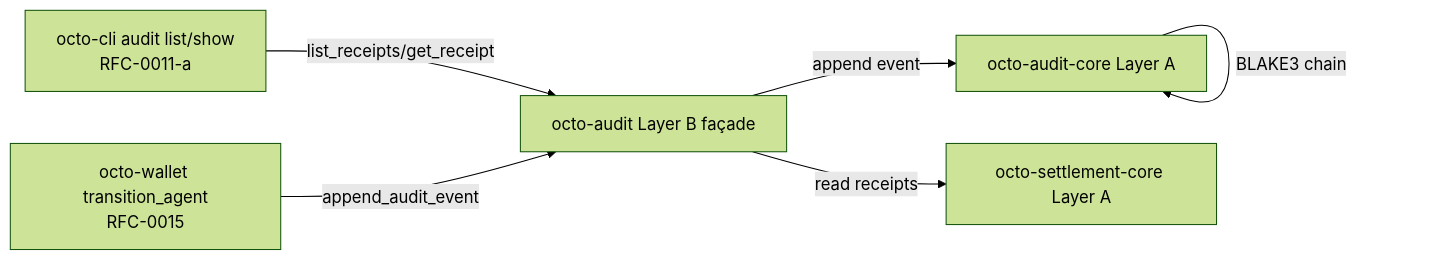
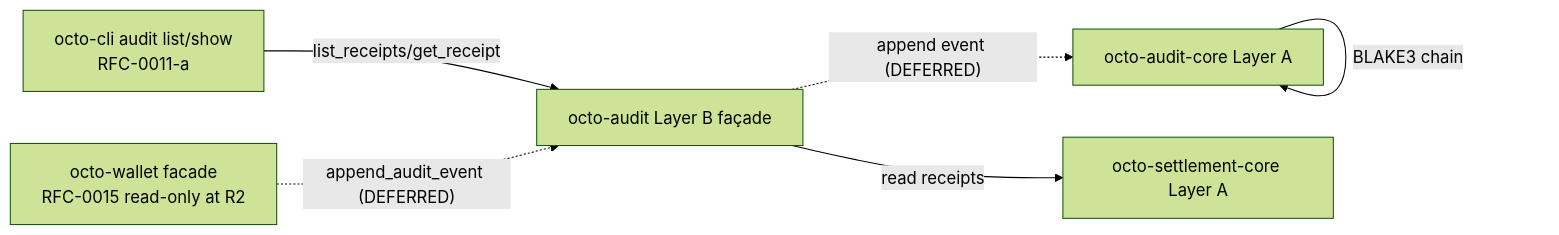
Before and after one commit to CipherOcto/cipherocto: the first of 2 diagrams in rfcs/draft/process/0016-audit-receipt-api.md, drawn with Mermaid (forest theme). The commit also changed other lines of this file and 1 other file, not shown here.

First line of the commit message:
docs(rfcs): RFC R2 scope-cut fixes for 0015 + 0016

````diff
--- a/rfcs/draft/process/0016-audit-receipt-api.md
+++ b/rfcs/draft/process/0016-audit-receipt-api.md
@@ -91,14 +108,14 @@
 ```mermaid
 graph LR
   AuditCLI[octo-cli audit list/show<br>RFC-0011-a]
-  Wallet[octo-wallet transition_agent<br>RFC-0015]
+  Wallet[octo-wallet facade<br>RFC-0015 read-only at R2]
   Audit[octo-audit Layer B façade]
   AuditCore[octo-audit-core Layer A]
   Settle[octo-settlement-core Layer A]
 
   AuditCLI -- "list_receipts/get_receipt" --> Audit
-  Wallet -- "append_audit_event" --> Audit
-  Audit -- "append event" --> AuditCore
+  Wallet -. "append_audit_event (DEFERRED)" .-> Audit
+  Audit -. "append event (DEFERRED)" .-> AuditCore
   Audit -- "read receipts" --> Settle
   AuditCore -- "BLAKE3 chain" --> AuditCore
 ```
````
